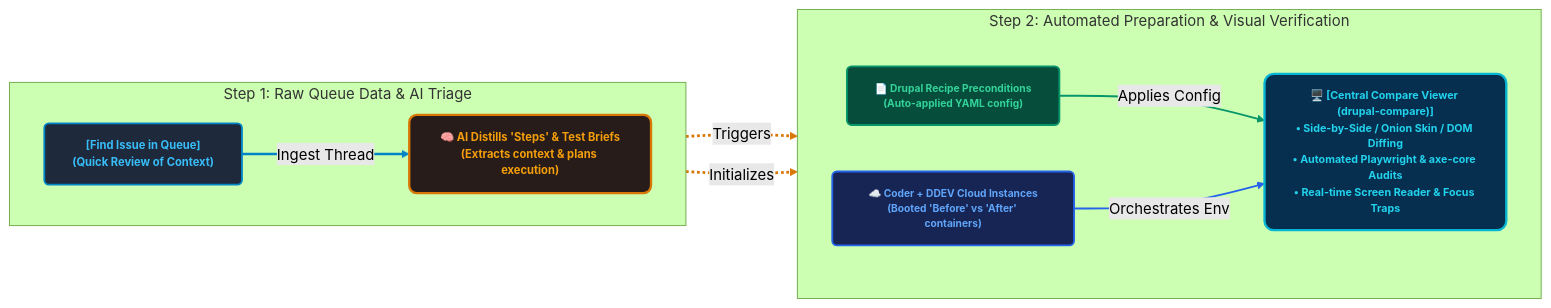
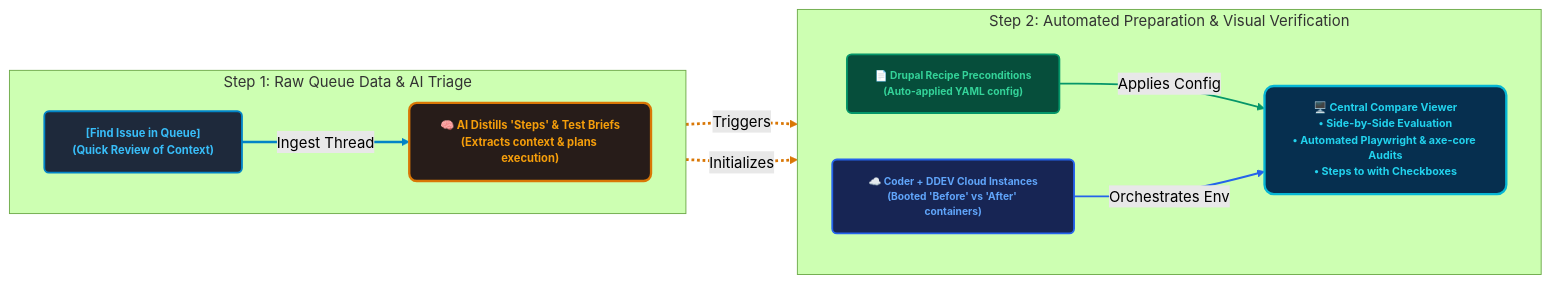
Before and after one commit to mgifford/mermaid-graphs: the second of 2 diagrams in Drupal-issue-queue.md, drawn with Mermaid (forest theme).

````diff
--- a/Drupal-issue-queue.md
+++ b/Drupal-issue-queue.md
@@ -51,41 +51,41 @@
 ```mermaid
 flowchart LR
     %% Define Global Styles
     classDef originBox fill:#1e293b,stroke:#0284c7,stroke-width:2px,color:#38bdf8,font-size:12px,font-weight:bold,rx:5px,ry:5px;
     classDef aiBox fill:#271c19,stroke:#d97706,stroke-width:2.5px,color:#f59e0b,font-size:12px,font-weight:bold,rx:8px,ry:8px;
     classDef recipeBox fill:#064e3b,stroke:#059669,stroke-width:2px,color:#34d399,font-size:11px,font-weight:bold,rx:5px,ry:5px;
     classDef envBox fill:#172554,stroke:#2563eb,stroke-width:2px,color:#60a5fa,font-size:11px,font-weight:bold,rx:5px,ry:5px;
     classDef targetBox fill:#062f4f,stroke:#06b6d4,stroke-width:2.5px,color:#22d3ee,font-size:11.5px,font-weight:bold,rx:10px,ry:10px;
 
     %% Row 1 (Input & AI): Wide Row
     subgraph Row1 [Step 1: Raw Queue Data & AI Triage]
         direction LR
         QueueNode["[Find Issue in Queue]<br/>(Quick Review of Context)"]:::originBox
         AINode["🧠 AI Distills 'Steps' & Test Briefs<br/>(Extracts context & plans execution)"]:::aiBox
 
         QueueNode -->|Ingest Thread| AINode
     end
 
     %% Transition down
     AINode ==>|Triggers| RecipeNode
     AINode ==>|Initializes| ContainerNode
 
     %% Row 2 (Preparation & Verification): Horizontal, wider layout
     subgraph Row2 [Step 2: Automated Preparation & Visual Verification]
         direction LR
         RecipeNode["📄 Drupal Recipe Preconditions<br/>(Auto-applied YAML config)"]:::recipeBox
         ContainerNode["☁️ Coder + DDEV Cloud Instances<br/>(Booted 'Before' vs 'After' containers)"]:::envBox
-        ViewerNode["🖥️ [Central Compare Viewer (drupal-compare)]<br/>• Side-by-Side / Onion Skin / DOM Diffing<br/>• Automated Playwright & axe-core Audits<br/>• Real-time Screen Reader & Focus Traps"]:::targetBox
+        ViewerNode["🖥️ Central Compare Viewer<br/>• Side-by-Side Evaluation<br/>• Automated Playwright & axe-core Audits<br/>• Steps to with Checkboxes"]:::targetBox
 
         %% Ensure parallel horizontal paths pointing to the target on the right
         RecipeNode -->|Applies Config| ViewerNode
         ContainerNode -->|Orchestrates Env| ViewerNode
     end
 
     %% Connection styles
     linkStyle 0 stroke:#0284c7,stroke-width:2.5px;
     linkStyle 1 stroke:#d97706,stroke-width:3px,stroke-dasharray:3 3;
     linkStyle 2 stroke:#d97706,stroke-width:3px,stroke-dasharray:3 3;
     linkStyle 3 stroke:#059669,stroke-width:2px;
     linkStyle 4 stroke:#2563eb,stroke-width:2px;
 ```
````
